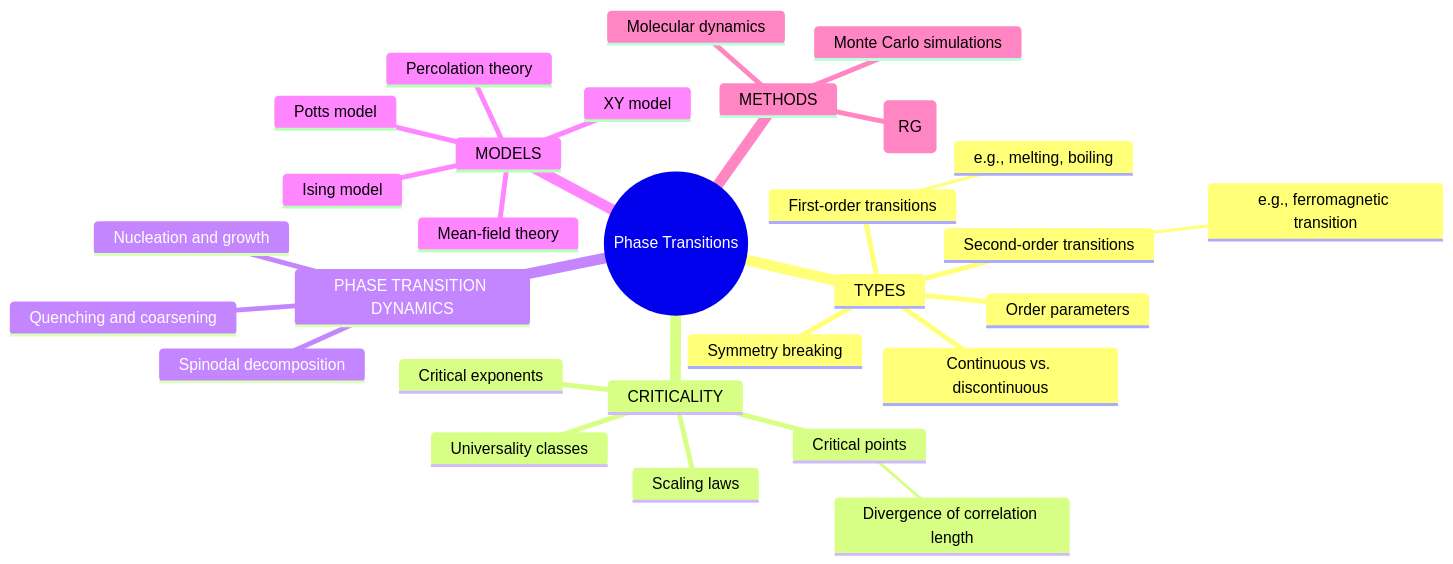
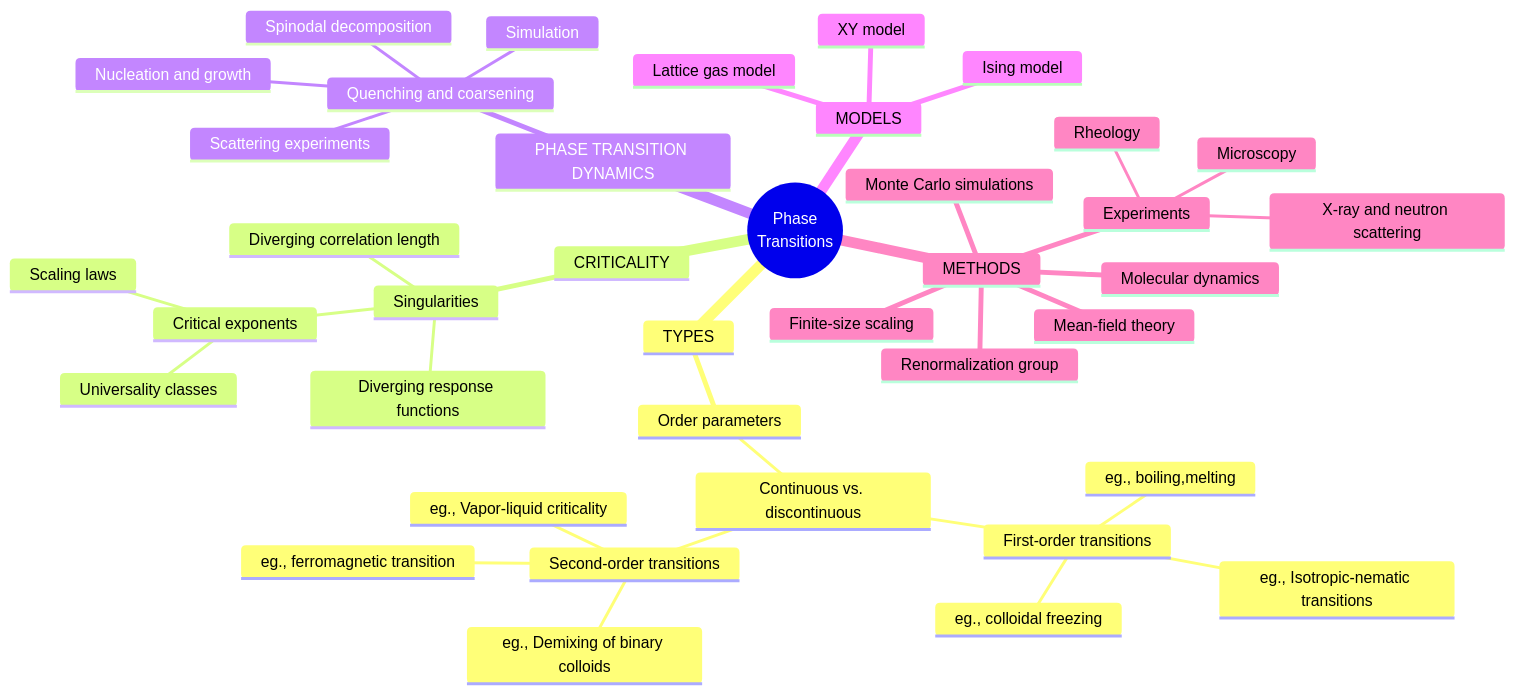
Before and after one commit to FTurci/course-disordered-matter: the first of 2 diagrams in quarto/phase-transitions/concepts_map.qmd, drawn with Mermaid. The commit also changed other lines of this file and 4 other files, not shown here.

Commit message:
mindmap stuff

````diff
--- a/quarto/phase-transitions/concepts_map.qmd
+++ b/quarto/phase-transitions/concepts_map.qmd
@@ -5,33 +5,44 @@
 ```{mermaid}
 mindmap
-  root((Phase Transitions))
+  root((Phase 
+  Transitions))
     TYPES
-      First-order transitions
-        e.g., melting, boiling
-      Second-order transitions
-        e.g., ferromagnetic transition
-      Continuous vs. discontinuous
       Order parameters
-      Symmetry breaking
+        Continuous vs. discontinuous
+          First-order transitions            
+            eg., colloidal freezing
+            eg., boiling,melting
+            eg., Isotropic-nematic transitions
+          Second-order transitions
+            eg., ferromagnetic transition
+            eg., Vapor-liquid criticality
+            eg., Demixing of binary colloids
     CRITICALITY
-      Critical points
-        Divergence of correlation length
-      Universality classes
-      Scaling laws
-      Critical exponents
+      Singularities
+        Diverging correlation length
+        Diverging response functions
+        Critical exponents
+          Scaling laws
+          Universality classes   
     PHASE TRANSITION DYNAMICS
-      Nucleation and growth
-      Spinodal decomposition
       Quenching and coarsening
+        Nucleation and growth
+        Spinodal decomposition
+        Simulation
+        Scattering experiments
     MODELS
       Ising model
-      Potts model
+      Lattice gas model
       XY model
-      Percolation theory
+    METHODS
       Mean-field theory
-    METHODS
-      Renormalization group (RG)
+      Renormalization group
       Monte Carlo simulations
+      Finite-size scaling
       Molecular dynamics
+      Experiments
+        X-ray and neutron scattering
+        Microscopy
+        Rheology
 
 ```
````
